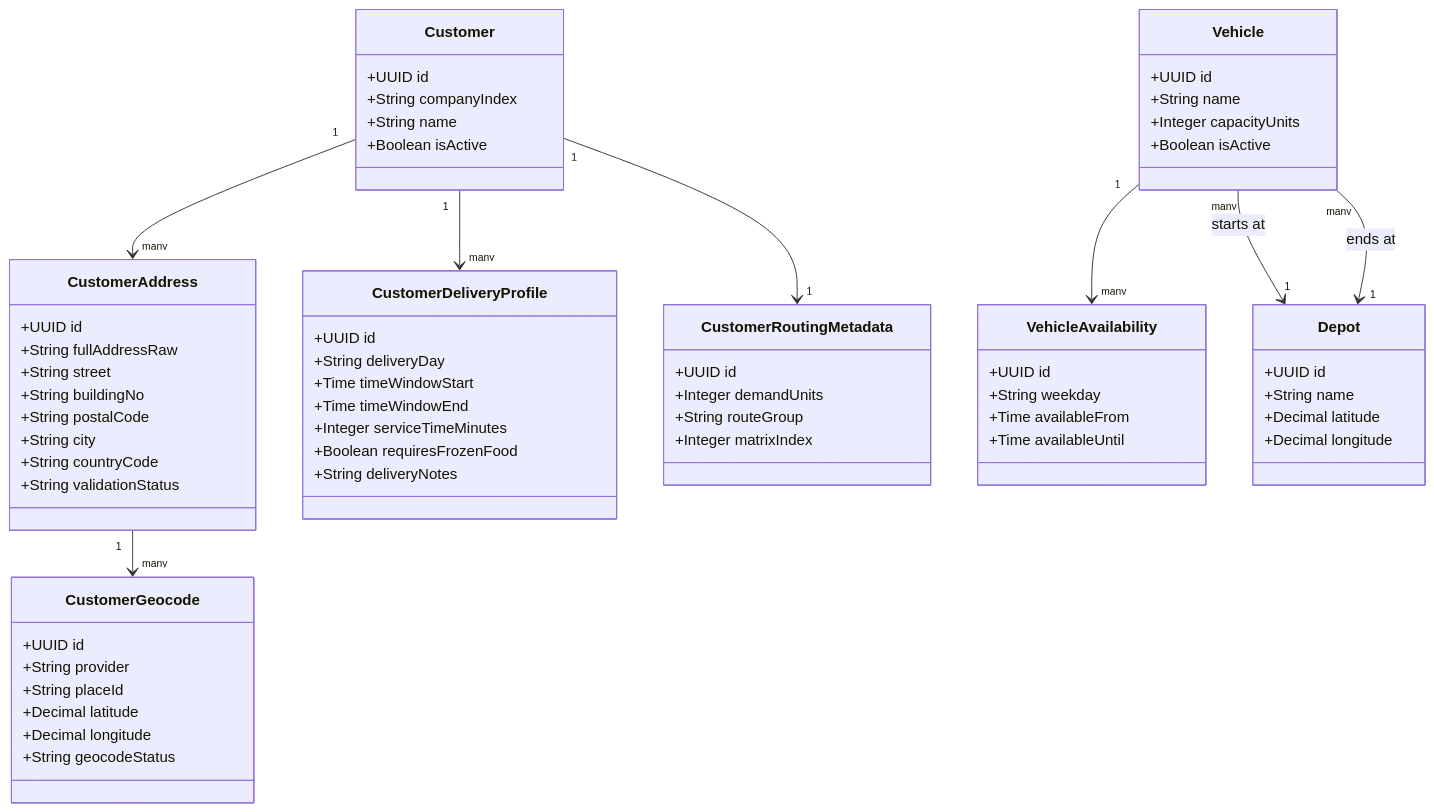
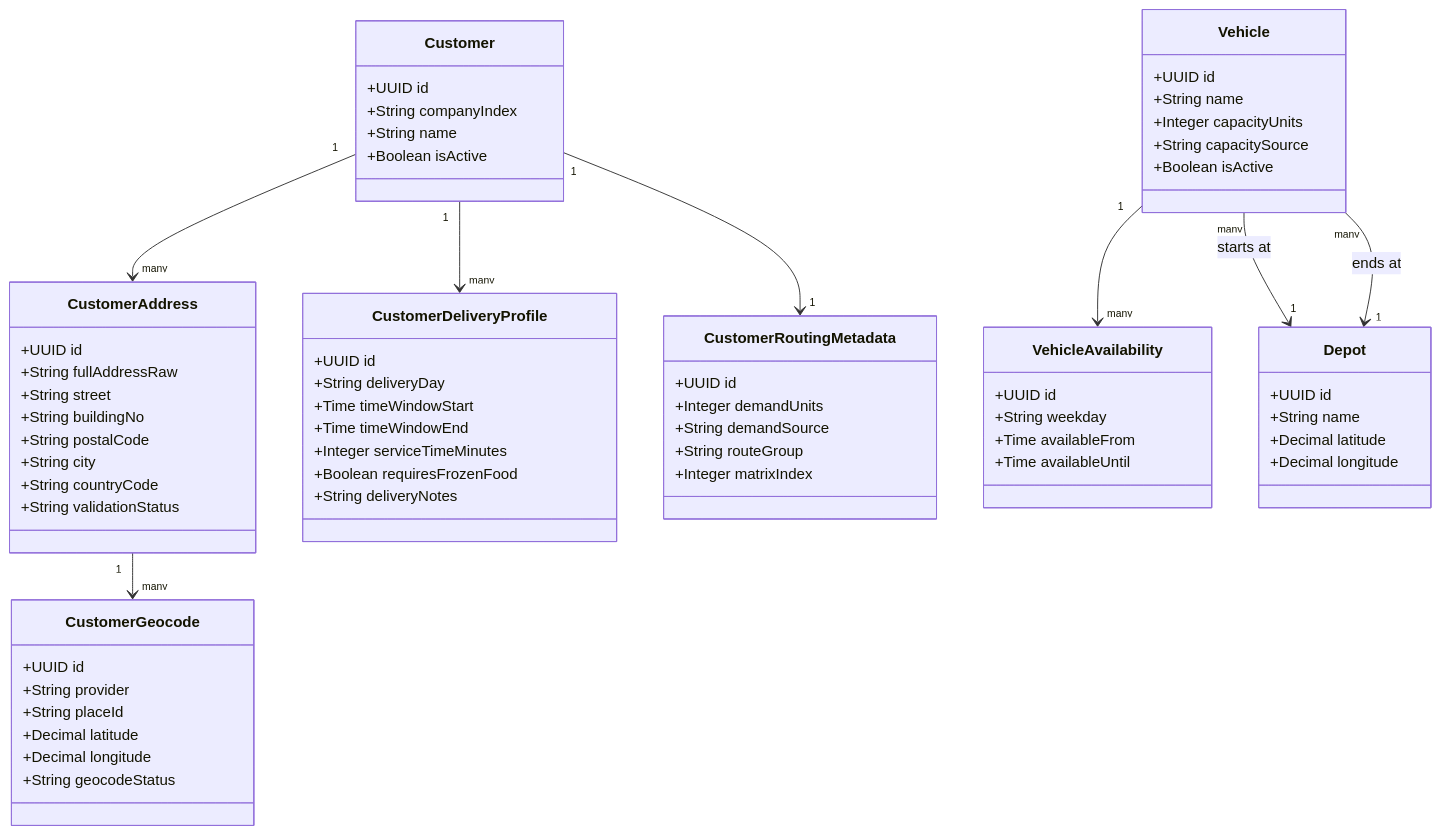
One commit to Svenson-Maximus/RouteOptimizationApp changed the second of 2 diagrams in docs/modeling/optimization-data-model.md. Above: the diagram before and after it, drawn with Mermaid. The commit also changed other lines of this file and 4 other files, not shown here.

````diff
--- a/docs/modeling/optimization-data-model.md
+++ b/docs/modeling/optimization-data-model.md
@@ -139,76 +143,78 @@
 ```mermaid
 classDiagram
     class Customer {
         +UUID id
         +String companyIndex
         +String name
         +Boolean isActive
     }
 
     class CustomerAddress {
         +UUID id
         +String fullAddressRaw
         +String street
         +String buildingNo
         +String postalCode
         +String city
         +String countryCode
         +String validationStatus
     }
 
     class CustomerGeocode {
         +UUID id
         +String provider
         +String placeId
         +Decimal latitude
         +Decimal longitude
         +String geocodeStatus
     }
 
     class CustomerDeliveryProfile {
         +UUID id
         +String deliveryDay
         +Time timeWindowStart
         +Time timeWindowEnd
         +Integer serviceTimeMinutes
         +Boolean requiresFrozenFood
         +String deliveryNotes
     }
 
     class CustomerRoutingMetadata {
         +UUID id
         +Integer demandUnits
+        +String demandSource
         +String routeGroup
         +Integer matrixIndex
     }
 
     class Vehicle {
         +UUID id
         +String name
         +Integer capacityUnits
+        +String capacitySource
         +Boolean isActive
     }
 
     class VehicleAvailability {
         +UUID id
         +String weekday
         +Time availableFrom
         +Time availableUntil
     }
 
     class Depot {
         +UUID id
         +String name
         +Decimal latitude
         +Decimal longitude
     }
 
     Customer "1" --> "many" CustomerAddress
     CustomerAddress "1" --> "many" CustomerGeocode
     Customer "1" --> "many" CustomerDeliveryProfile
     Customer "1" --> "1" CustomerRoutingMetadata
 
     Vehicle "many" --> "1" Depot : starts at
     Vehicle "many" --> "1" Depot : ends at
     Vehicle "1" --> "many" VehicleAvailability
 ```
````
